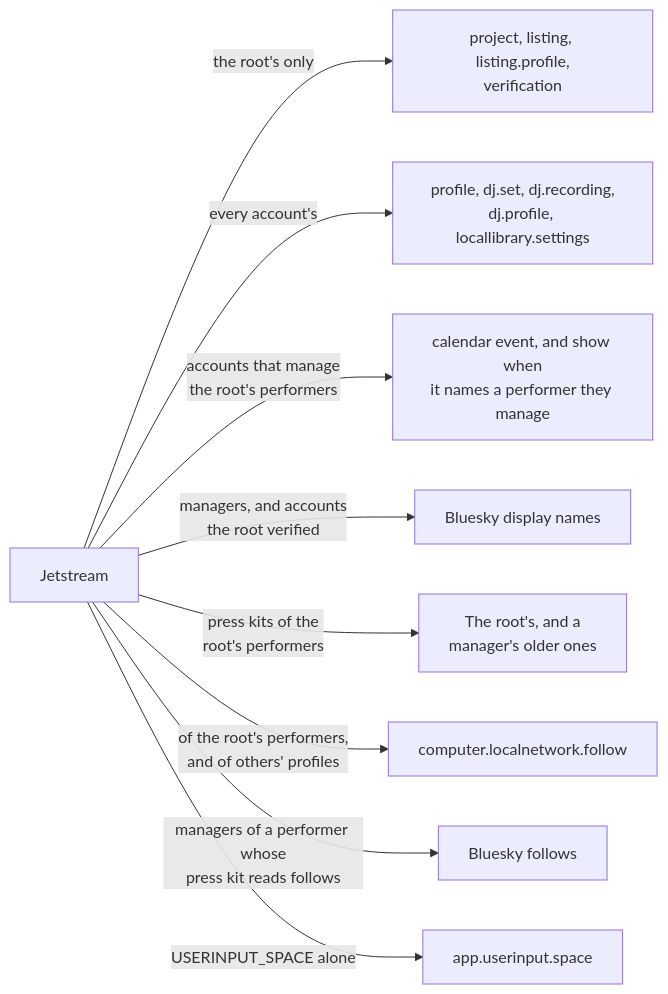
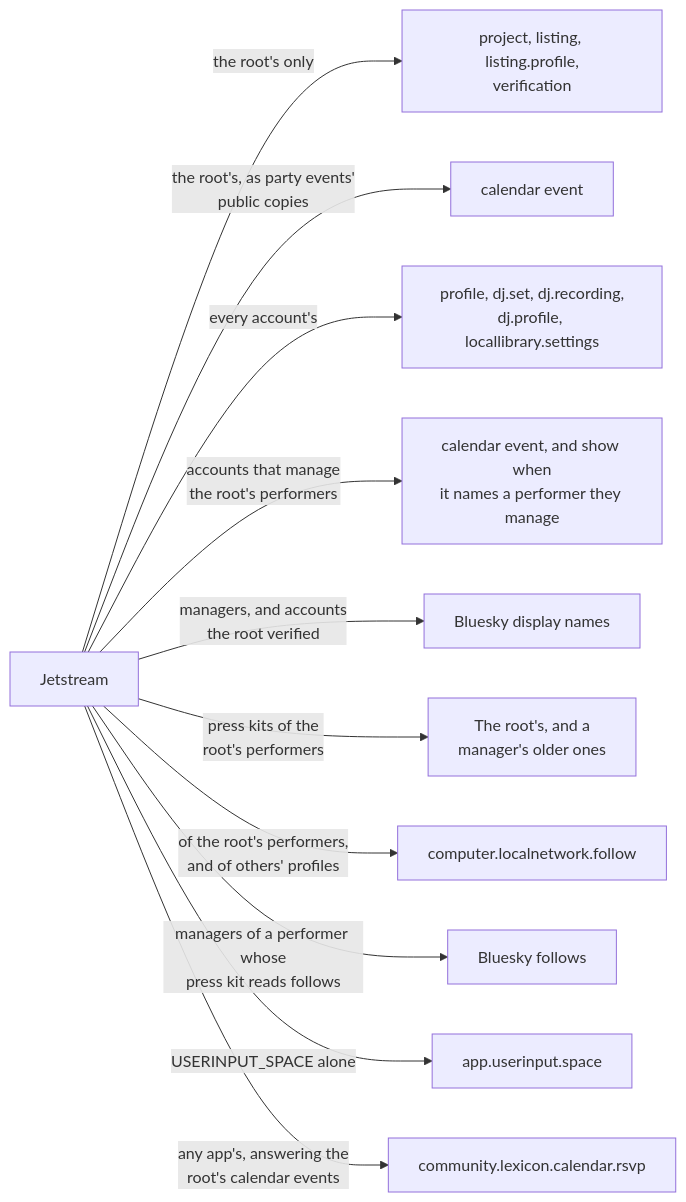
One commit to cutenode/localnetwork changed the sixth of 7 diagrams in apps/web/docs/diagrams/jobs-and-directory.md. Above: the diagram before and after it, drawn with Mermaid. The commit also changed other lines of this file and 38 other files, not shown here.

````diff
--- a/apps/web/docs/diagrams/jobs-and-directory.md
+++ b/apps/web/docs/diagrams/jobs-and-directory.md
@@ -122,12 +124,14 @@
 ```mermaid
 flowchart LR
   Jet["Jetstream"]
   Jet -- "the root's only" --> Root["project, listing, listing.profile,<br/>verification"]
+  Jet -- "the root's, as party events'<br/>public copies" --> Copies["calendar event"]
   Jet -- "every account's" --> All["profile, dj.set, dj.recording,<br/>dj.profile, locallibrary.settings"]
   Jet -- "accounts that manage<br/>the root's performers" --> Managers["calendar event, and show when<br/>it names a performer they manage"]
   Jet -- "managers, and accounts<br/>the root verified" --> Names["Bluesky display names"]
   Jet -- "press kits of the<br/>root's performers" --> Kits["The root's, and a<br/>manager's older ones"]
   Jet -- "of the root's performers,<br/>and of others' profiles" --> Follows["computer.localnetwork.follow"]
   Jet -- "managers of a performer whose<br/>press kit reads follows" --> Bsky["Bluesky follows"]
   Jet -- "USERINPUT_SPACE alone" --> Input["app.userinput.space"]
+  Jet -- "any app's, answering the<br/>root's calendar events" --> Rsvps["community.lexicon.calendar.rsvp"]
 ```
````
